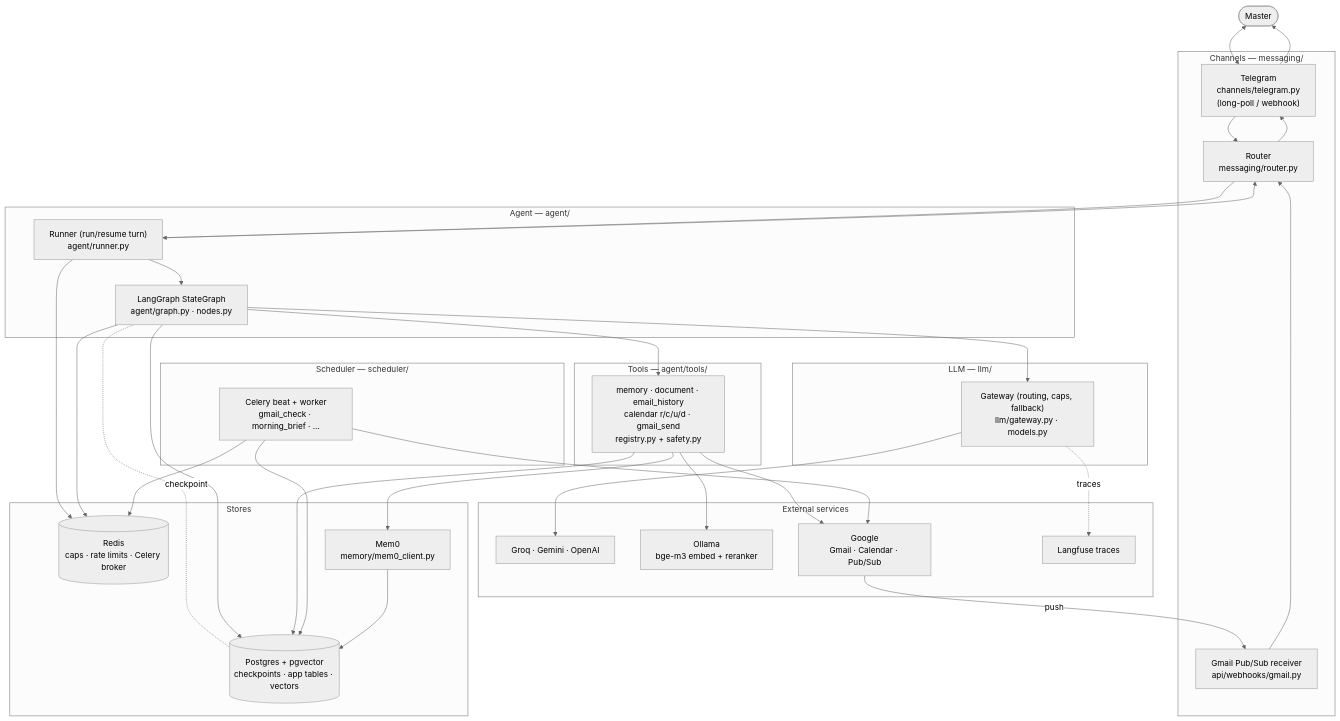
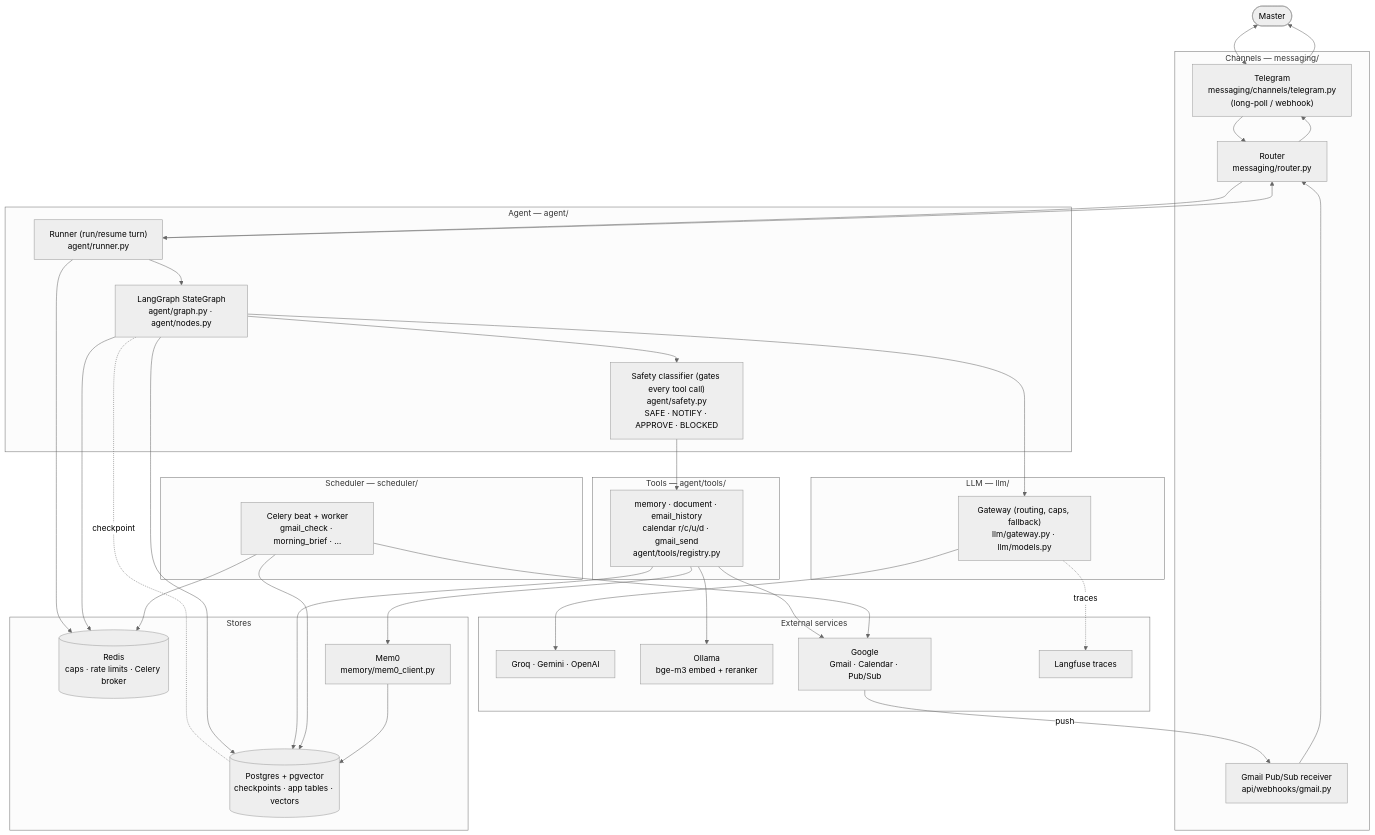
Before and after one commit to muppas1m/Jarvis: the first of 7 diagrams in docs/architecture/README.md, drawn with Mermaid (neutral theme).

Commit message:
architecture: DFD — show safety as the classifier gate (agent/safety.py), not a tool; app-relative paths

````diff
--- a/docs/architecture/README.md
+++ b/docs/architecture/README.md
@@ -30,56 +30,57 @@
 ```mermaid
 flowchart TB
     master([Master])
 
     subgraph channels["Channels — messaging/"]
-        tg["Telegram<br/>channels/telegram.py<br/>(long-poll / webhook)"]
+        tg["Telegram<br/>messaging/channels/telegram.py<br/>(long-poll / webhook)"]
         gmailhook["Gmail Pub/Sub receiver<br/>api/webhooks/gmail.py"]
         router["Router<br/>messaging/router.py"]
     end
 
     subgraph agentcore["Agent — agent/"]
         runner["Runner (run/resume turn)<br/>agent/runner.py"]
-        lg["LangGraph StateGraph<br/>agent/graph.py · nodes.py"]
+        lg["LangGraph StateGraph<br/>agent/graph.py · agent/nodes.py"]
+        classify["Safety classifier (gates every tool call)<br/>agent/safety.py<br/>SAFE · NOTIFY · APPROVE · BLOCKED"]
     end
 
     subgraph llm["LLM — llm/"]
-        gateway["Gateway (routing, caps, fallback)<br/>llm/gateway.py · models.py"]
+        gateway["Gateway (routing, caps, fallback)<br/>llm/gateway.py · llm/models.py"]
     end
 
     subgraph tools["Tools — agent/tools/"]
-        toolset["memory · document · email_history<br/>calendar r/c/u/d · gmail_send<br/>registry.py + safety.py"]
+        toolset["memory · document · email_history<br/>calendar r/c/u/d · gmail_send<br/>agent/tools/registry.py"]
     end
 
     subgraph stores["Stores"]
         pg[("Postgres + pgvector<br/>checkpoints · app tables · vectors")]
         redis[("Redis<br/>caps · rate limits · Celery broker")]
         mem0["Mem0<br/>memory/mem0_client.py"]
     end
 
     subgraph ext["External services"]
         providers["Groq · Gemini · OpenAI"]
         ollama["Ollama<br/>bge-m3 embed + reranker"]
         google["Google<br/>Gmail · Calendar · Pub/Sub"]
         langfuse["Langfuse traces"]
     end
 
     subgraph sched["Scheduler — scheduler/"]
         celery["Celery beat + worker<br/>gmail_check · morning_brief · …"]
     end
 
     master <--> tg
     google -- push --> gmailhook
     tg --> router
     gmailhook --> router
     router --> runner --> lg
     lg --> gateway --> providers
-    lg --> toolset
+    lg --> classify --> toolset
     toolset --> mem0 & google & ollama
     lg -. checkpoint .- pg
     lg & toolset --> pg
     runner & lg --> redis
     gateway -. traces .-> langfuse
     celery --> google & pg & redis
     mem0 --> pg
     runner --> router --> tg --> master
 ```
````
